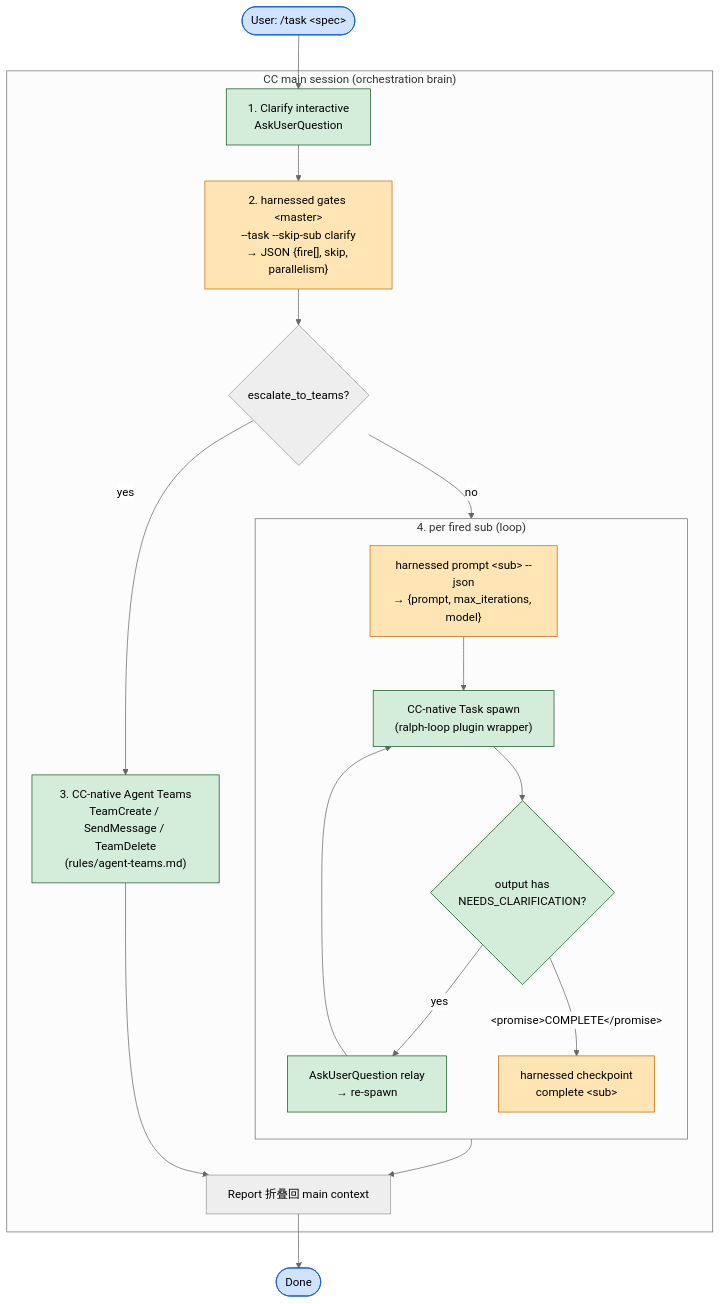
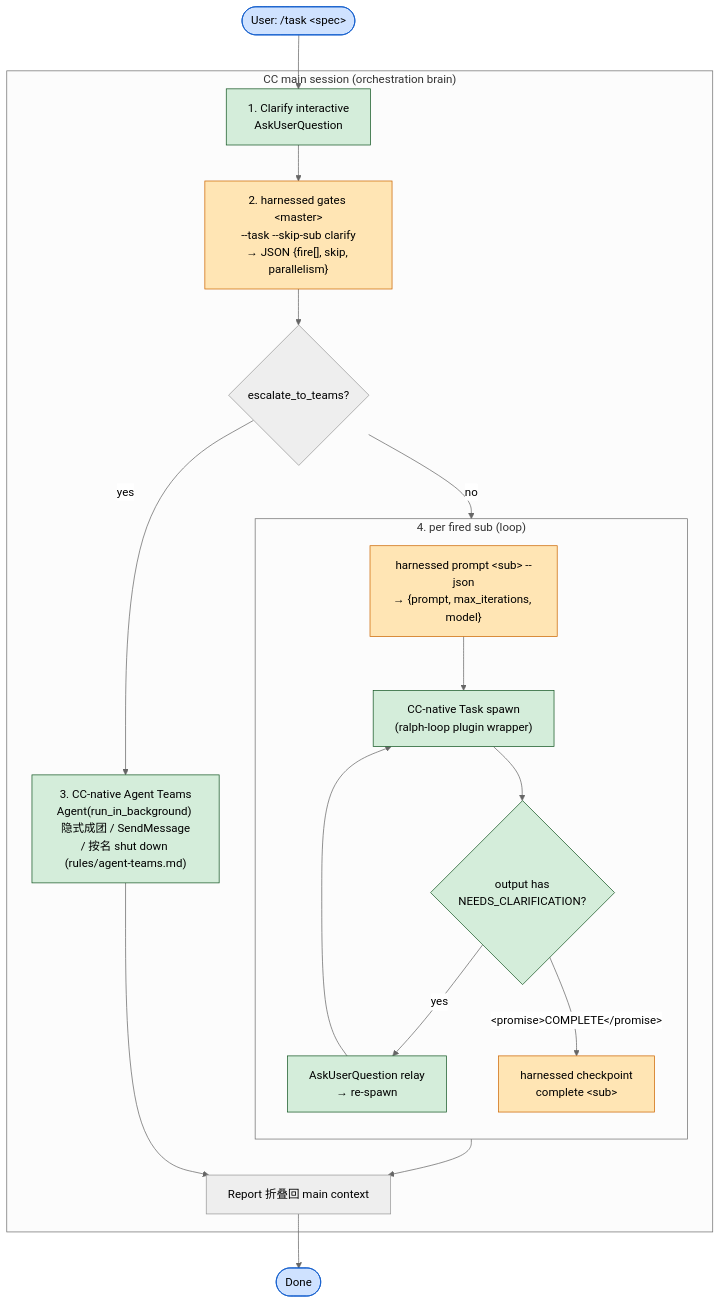
One commit to easyinplay/harnessed changed the second of 2 diagrams in docs/WORKFLOW.md. Above: the diagram before and after it, drawn with Mermaid (neutral theme). The commit also changed other lines of this file and 96 other files, not shown here.

First line of the commit message:
feat(gates): 4.34.0 — 第二梯队:web routing 接线 + 孤儿 gate + check-docs 进 CLI + Agent Teams 迁新 API

````diff
--- a/docs/WORKFLOW.md
+++ b/docs/WORKFLOW.md
@@ -95,36 +95,36 @@
 ```mermaid
 flowchart TB
     Start([User: /task &lt;spec&gt;]) --> Clarify
 
     subgraph MainSession["CC main session (orchestration brain)"]
         Clarify["1. Clarify interactive<br/>AskUserQuestion"]
         Clarify --> Gates["2. harnessed gates &lt;master&gt;<br/>--task --skip-sub clarify<br/>→ JSON {fire[], skip, parallelism}"]
         Gates --> Branch{escalate_to_teams?}
 
-        Branch -->|yes| Teams["3. CC-native Agent Teams<br/>TeamCreate / SendMessage / TeamDelete<br/>(rules/agent-teams.md)"]
+        Branch -->|yes| Teams["3. CC-native Agent Teams<br/>Agent(run_in_background) 隐式成团 / SendMessage<br/>/ 按名 shut down (rules/agent-teams.md)"]
 
         Branch -->|no| Loop
 
         subgraph Loop["4. per fired sub (loop)"]
             direction TB
             Prompt["harnessed prompt &lt;sub&gt; --json<br/>→ {prompt, max_iterations, model}"]
             Prompt --> Spawn["CC-native Task spawn<br/>(ralph-loop plugin wrapper)"]
             Spawn --> Check{output has<br/>NEEDS_CLARIFICATION?}
             Check -->|yes| Relay["AskUserQuestion relay<br/>→ re-spawn"]
             Relay --> Spawn
             Check -->|"&lt;promise&gt;COMPLETE&lt;/promise&gt;"| Ckpt["harnessed checkpoint<br/>complete &lt;sub&gt;"]
         end
 
         Teams --> Report
         Loop --> Report["Report 折叠回 main context"]
     end
 
     Report --> Done([Done])
 
     classDef cli fill:#ffe5b4,stroke:#cc6600,color:#000
     classDef native fill:#d4edda,stroke:#155724,color:#000
     classDef user fill:#cfe2ff,stroke:#0a58ca,color:#000
     class Gates,Prompt,Ckpt cli
     class Clarify,Spawn,Relay,Teams,Check native
     class Start,Done user
 ```
````
